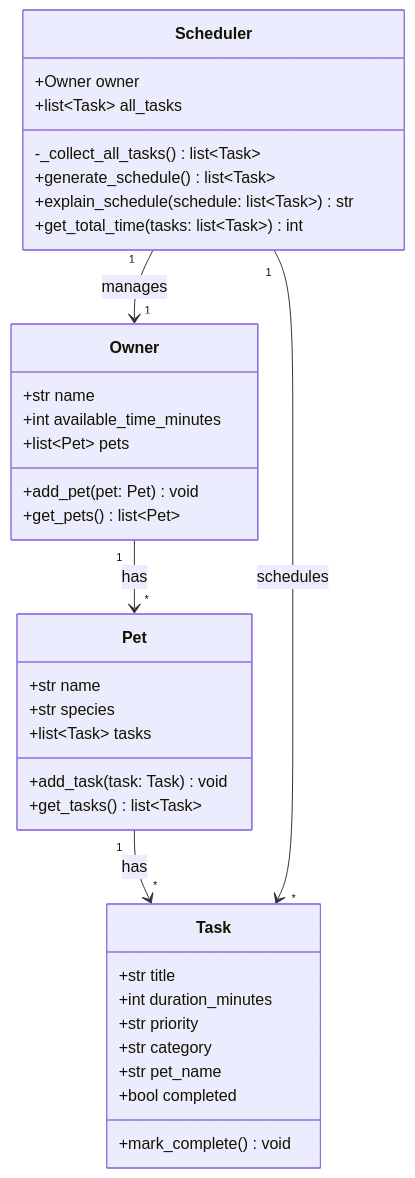
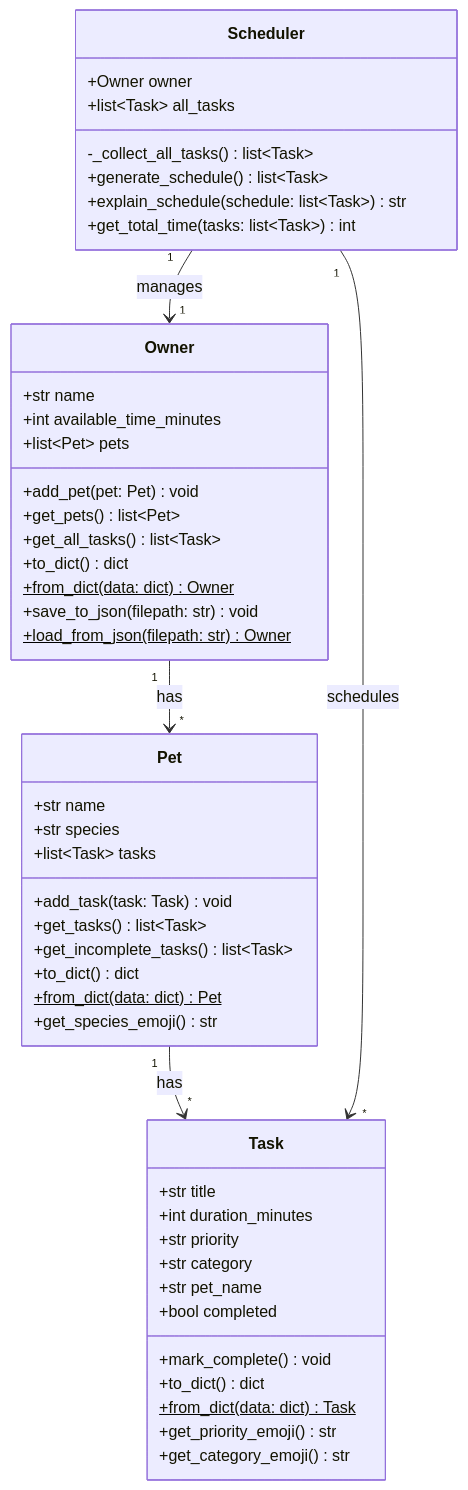
Before and after one commit to sakibskib/ai110-module2show-pawpal-starter: the diagram in uml_diagram.md, drawn with Mermaid. The commit also changed other lines of this file and 5 other files, not shown here.

First line of the commit message:
feat: add JSON persistence and emoji UI enhancements

````diff
--- a/uml_diagram.md
+++ b/uml_diagram.md
@@ -3,42 +3,55 @@
 ```mermaid
 classDiagram
     class Owner {
         +str name
         +int available_time_minutes
         +list~Pet~ pets
         +add_pet(pet: Pet) void
         +get_pets() list~Pet~
+        +get_all_tasks() list~Task~
+        +to_dict() dict
+        +from_dict(data: dict)$ Owner
+        +save_to_json(filepath: str) void
+        +load_from_json(filepath: str)$ Owner
     }
 
     class Pet {
         +str name
         +str species
         +list~Task~ tasks
         +add_task(task: Task) void
         +get_tasks() list~Task~
+        +get_incomplete_tasks() list~Task~
+        +to_dict() dict
+        +from_dict(data: dict)$ Pet
+        +get_species_emoji() str
     }
 
     class Task {
         +str title
         +int duration_minutes
         +str priority
         +str category
         +str pet_name
         +bool completed
         +mark_complete() void
+        +to_dict() dict
+        +from_dict(data: dict)$ Task
+        +get_priority_emoji() str
+        +get_category_emoji() str
     }
 
     class Scheduler {
         +Owner owner
         +list~Task~ all_tasks
         -_collect_all_tasks() list~Task~
         +generate_schedule() list~Task~
         +explain_schedule(schedule: list~Task~) str
         +get_total_time(tasks: list~Task~) int
     }
 
     Owner "1" --> "*" Pet : has
     Pet "1" --> "*" Task : has
     Scheduler "1" --> "1" Owner : manages
     Scheduler "1" --> "*" Task : schedules
 ```
````
